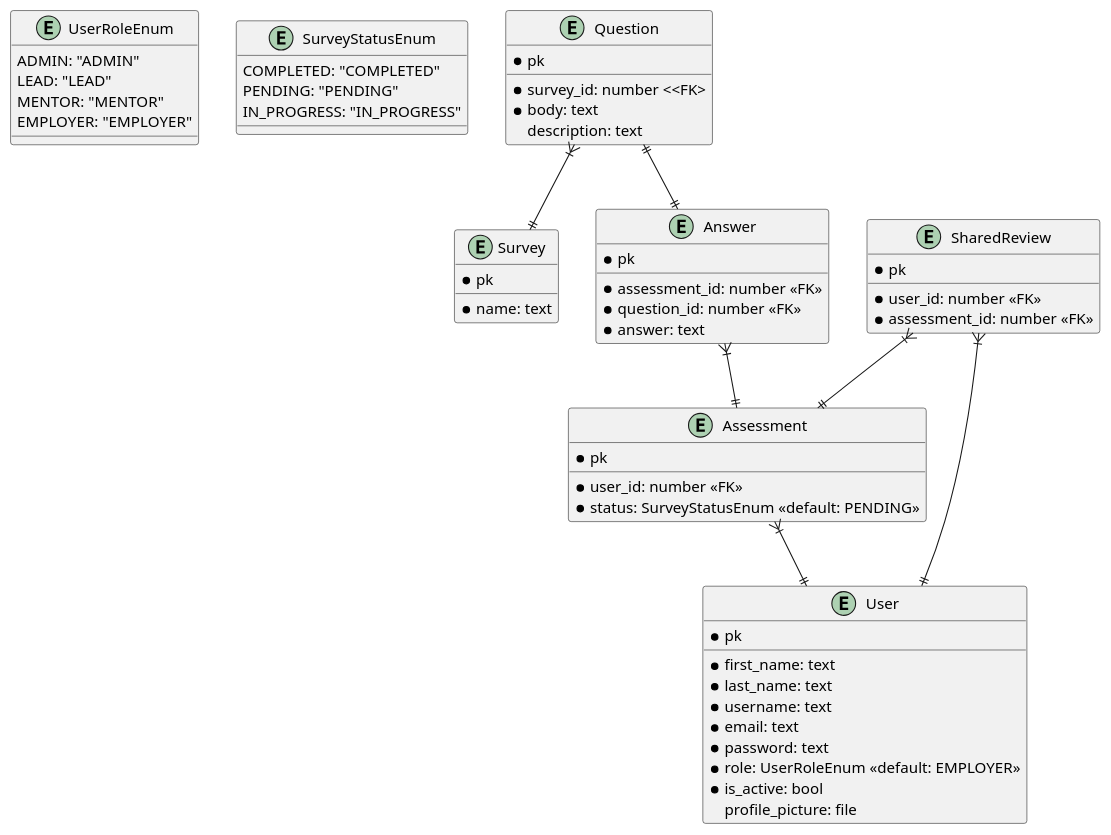
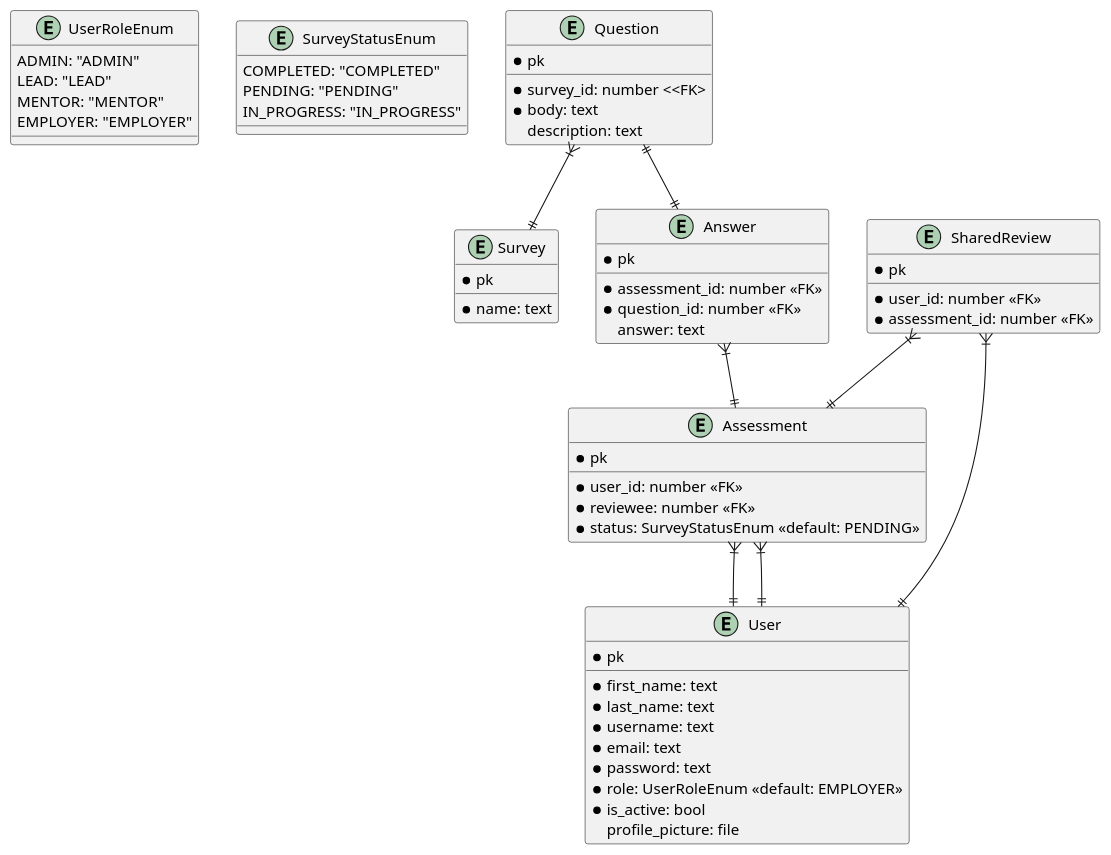
The diagram in docs/er_diagrams/v0.1.0-er_diagram.puml (Timur-Gizatullin/grade_form), drawn with PlantUML before and after one commit. The commit also changed 1 other file, not shown here.

```diff
--- a/docs/er_diagrams/v0.1.0-er_diagram.puml
+++ b/docs/er_diagrams/v0.1.0-er_diagram.puml
@@ -1,72 +1,74 @@
 @startuml
 
 entity UserRoleEnum{
 ADMIN: "ADMIN"
 LEAD: "LEAD"
 MENTOR: "MENTOR"
 EMPLOYER: "EMPLOYER"
 }
 
 entity SurveyStatusEnum{
 COMPLETED: "COMPLETED"
 PENDING: "PENDING"
 IN_PROGRESS: "IN_PROGRESS"
 }
 
 entity User{
 *pk
 __
 *first_name: text
 *last_name: text
 *username: text
 *email: text
 *password: text
 *role: UserRoleEnum <<default: EMPLOYER>>
 *is_active: bool
 profile_picture: file
 }
 
 entity Survey{
 *pk
 __
 *name: text
 }
 
 entity Question{
 *pk
 __
 *survey_id: number <<FK>
 *body: text
 description: text
 }
 
 entity Assessment{
 *pk
 __
 *user_id: number <<FK>>
+*reviewee: number <<FK>>
 *status: SurveyStatusEnum <<default: PENDING>>
 }
 
 entity Answer{
 *pk
 __
 *assessment_id: number <<FK>>
 *question_id: number <<FK>>
-*answer: text
+answer: text
 }
 
 entity SharedReview{
 *pk
 __
 *user_id: number <<FK>>
 *assessment_id: number <<FK>>
 }
 
 Question }|--|| Survey
 Answer }|--|| Assessment
 Question ||--|| Answer
 Assessment }|--|| User
+Assessment }|--|| User
 
 SharedReview }|--|| User
 SharedReview }|--|| Assessment
 @enduml
```
